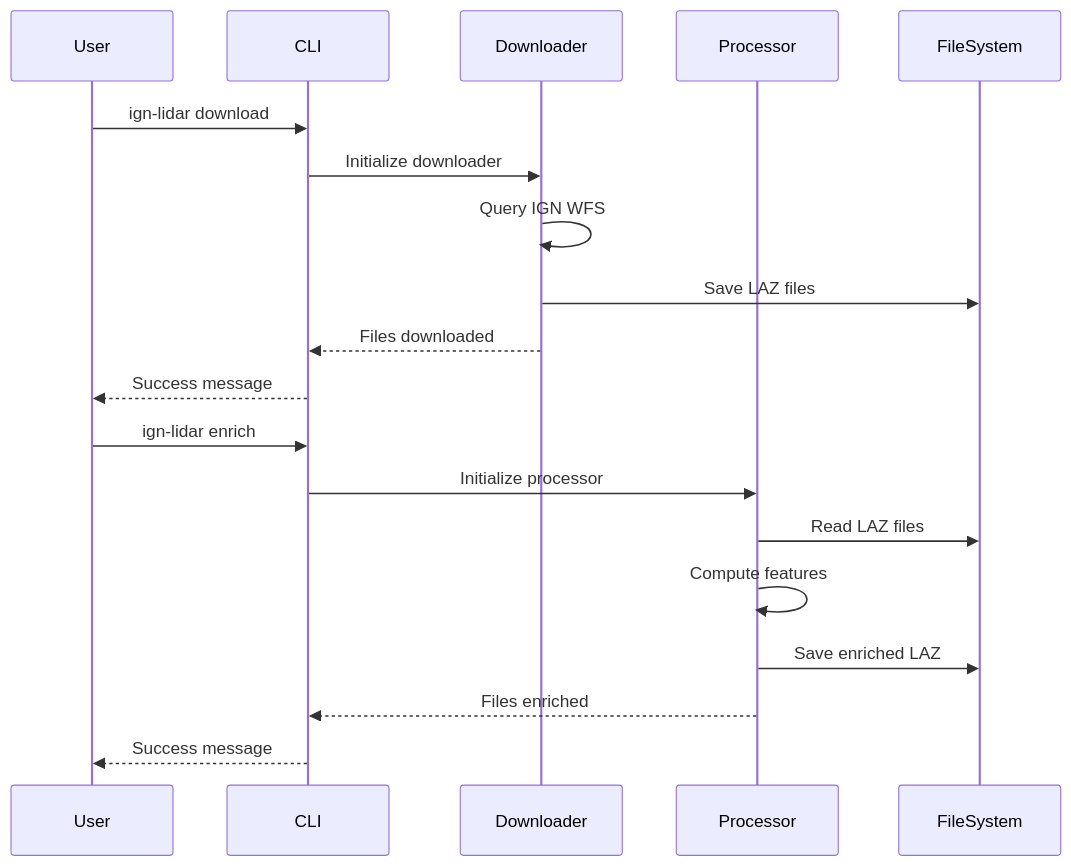
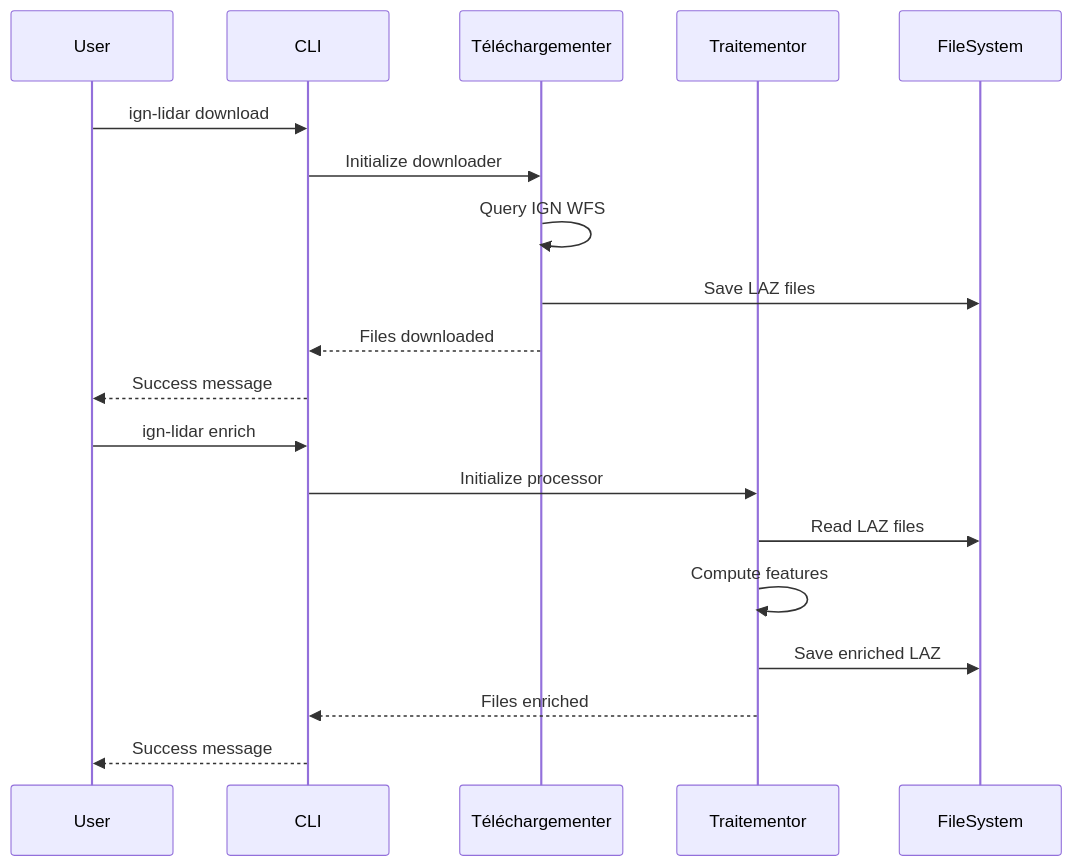
One commit to sducournau/IGN_LIDAR_HD_DATASET changed the fifth of 12 diagrams in website/i18n/fr/docusaurus-plugin-content-docs/current/mermaid-reference.md. Above: the diagram before and after it, drawn with Mermaid. The commit also changed other lines of this file and 42 other files, not shown here.

````diff
--- a/website/i18n/fr/docusaurus-plugin-content-docs/current/mermaid-reference.md
+++ b/website/i18n/fr/docusaurus-plugin-content-docs/current/mermaid-reference.md
@@ -95,23 +87,23 @@
 ```mermaid
 sequenceDiagram
     participant U as User
     participant C as CLI
-    participant D as Downloader
-    participant P as Processor
+    participant D as Téléchargementer
+    participant P as Traitementor
     participant F as FileSystem
 
     U->>C: ign-lidar download
     C->>D: Initialize downloader
     D->>D: Query IGN WFS
     D->>F: Save LAZ files
     D-->>C: Files downloaded
     C-->>U: Success message
 
     U->>C: ign-lidar enrich
     C->>P: Initialize processor
     P->>F: Read LAZ files
     P->>P: Compute features
     P->>F: Save enriched LAZ
     P-->>C: Files enriched
     C-->>U: Success message
 ```
````
